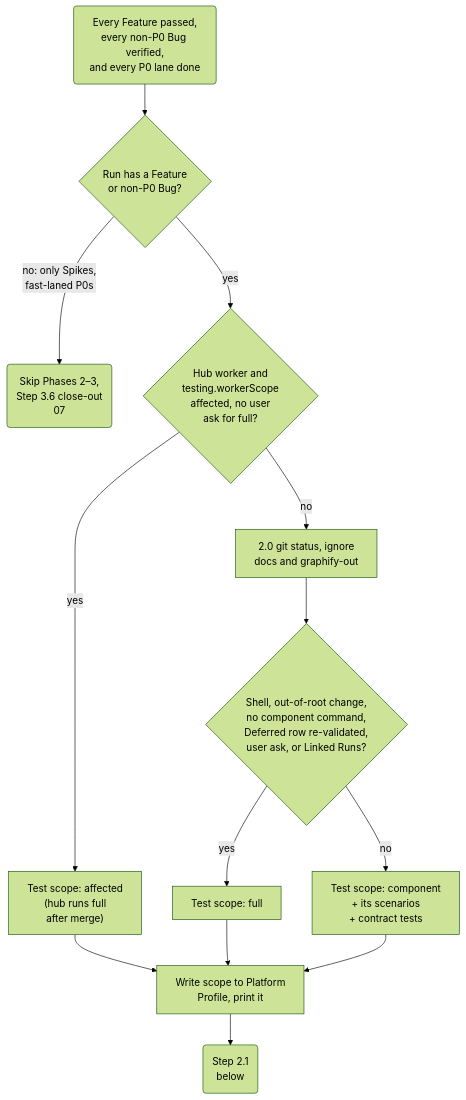
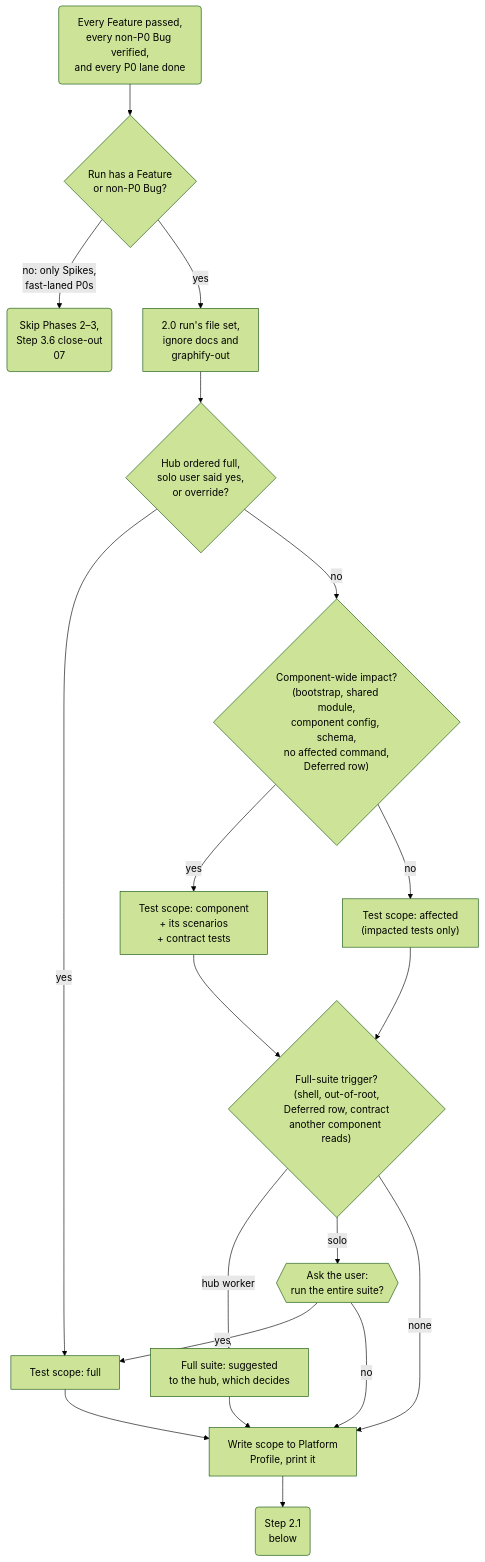
One commit to muhammedalikhan86/claude-stash changed the first of 3 diagrams in skills/plugin-orchestrator-development-pattern/mermaid/06-phase2-integration.md. Above: the diagram before and after it, drawn with Mermaid (forest theme). The commit also changed other lines of this file and 18 other files, not shown here.

First line of the commit message:
feat(testing): impacted tests by default; hub alone decides the entire suite; hub task bar

````diff
--- a/skills/plugin-orchestrator-development-pattern/mermaid/06-phase2-integration.md
+++ b/skills/plugin-orchestrator-development-pattern/mermaid/06-phase2-integration.md
@@ -5,15 +5,21 @@
 ```mermaid
 flowchart TD
     S0("Every Feature passed,<br/>every non-P0 Bug verified,<br/>and every P0 lane done") --> Only{"Run has a Feature<br/>or non-P0 Bug?"}
     Only -->|"no: only Spikes,<br/>fast-laned P0s"| NoP2("Skip Phases 2–3,<br/>Step 3.6 close-out<br/>07")
-    Only -->|"yes"| Tier{"Hub worker and<br/>testing.workerScope<br/>affected, no user<br/>ask for full?"}
-    Tier -->|"yes"| A["Test scope: affected<br/>(hub runs full<br/>after merge)"]
-    A --> Print
-    Tier -->|"no"| Diff["2.0 git status, ignore<br/>docs and graphify-out"]
-    Diff --> Full{"Shell, out-of-root change,<br/>no component command,<br/>Deferred row re-validated,<br/>user ask, or Linked Runs?"}
-    Full -->|"yes"| F["Test scope: full"]
-    Full -->|"no"| C["Test scope: component<br/>+ its scenarios<br/>+ contract tests"]
-    F --> Print["Write scope to Platform<br/>Profile, print it"]
-    C --> Print
+    Only -->|"yes"| Diff["2.0 run's file set,<br/>ignore docs and<br/>graphify-out"]
+    Diff --> Ordered{"Hub ordered full,<br/>solo user said yes,<br/>or override?"}
+    Ordered -->|"yes"| F["Test scope: full"]
+    Ordered -->|"no"| Wide{"Component-wide impact?<br/>(bootstrap, shared module,<br/>component config, schema,<br/>no affected command,<br/>Deferred row)"}
+    Wide -->|"yes"| C["Test scope: component<br/>+ its scenarios<br/>+ contract tests"]
+    Wide -->|"no"| A["Test scope: affected<br/>(impacted tests only)"]
+    C --> Trig{"Full-suite trigger?<br/>(shell, out-of-root,<br/>Deferred row, contract<br/>another component reads)"}
+    A --> Trig
+    Trig -->|"hub worker"| Flag["Full suite: suggested<br/>to the hub, which decides"]
+    Trig -->|"solo"| Ask{{"Ask the user:<br/>run the entire suite?"}}
+    Ask -->|"yes"| F
+    Ask -->|"no"| Print
+    Trig -->|"none"| Print["Write scope to Platform<br/>Profile, print it"]
+    Flag --> Print
+    F --> Print
     Print --> Next("Step 2.1<br/>below")
 ```
````
